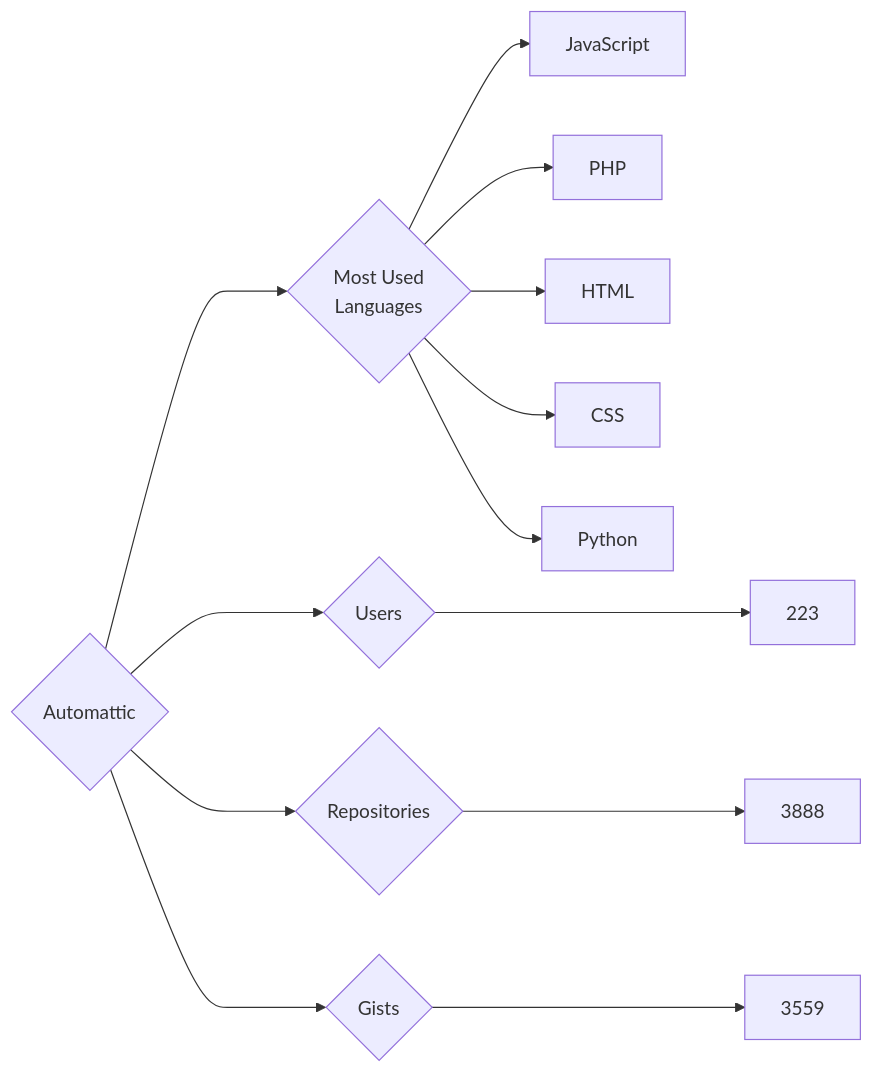
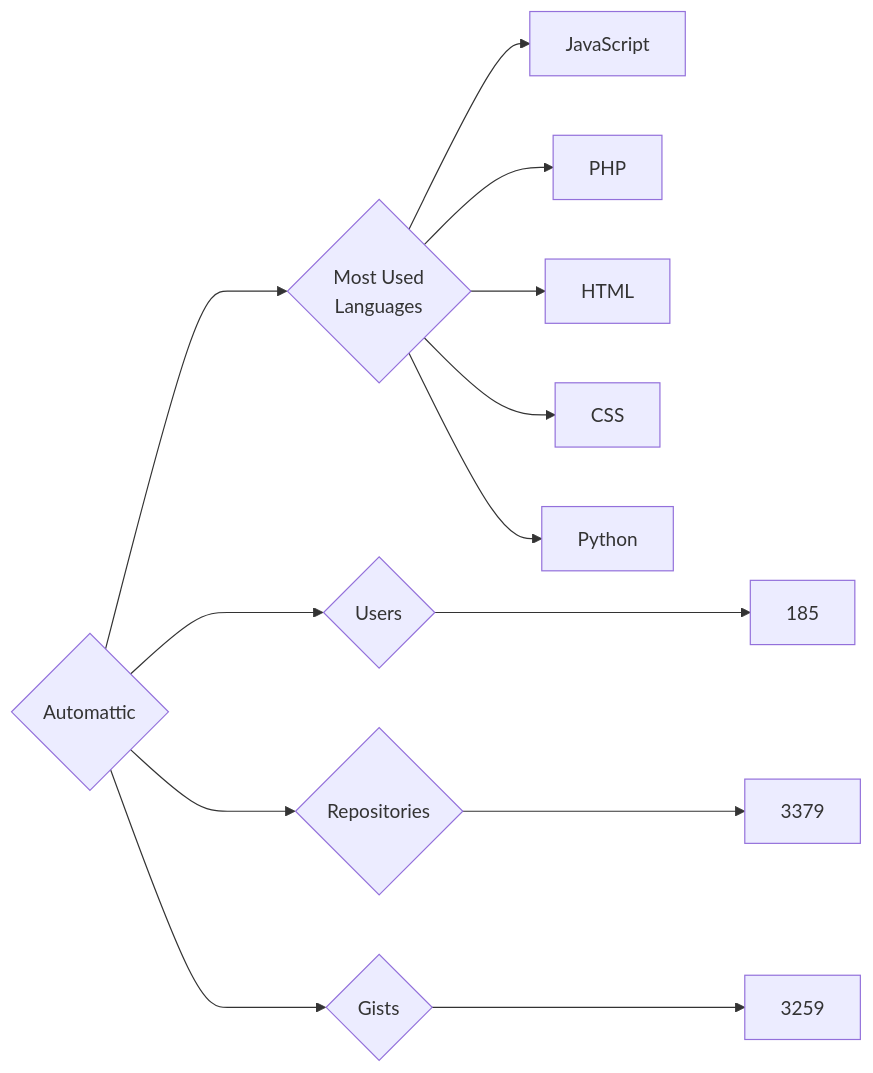
The diagram in targets/Automattic/README.md (trickest/insiders), drawn with Mermaid before and after one commit. The commit also changed 745 other files, not shown here.

````diff
--- a/targets/Automattic/README.md
+++ b/targets/Automattic/README.md
@@ -3,13 +3,13 @@
 ```mermaid
 graph LR
 COMPANY_NAME{Automattic}
-COMPANY_NAME ---> U{Users} ---> UN[223]
-COMPANY_NAME ---> R{Repositories} ---> RN[3888]
-COMPANY_NAME ---> G{Gists} ---> GN[3559]
+COMPANY_NAME ---> U{Users} ---> UN[185]
+COMPANY_NAME ---> R{Repositories} ---> RN[3379]
+COMPANY_NAME ---> G{Gists} ---> GN[3259]
 COMPANY_NAME ---> ML{Most Used<br>Languages}
 ML --> JavaScript[JavaScript]
 ML --> PHP[PHP]
 ML --> HTML[HTML]
 ML --> CSS[CSS]
 ML --> Python[Python]
 ```
````
